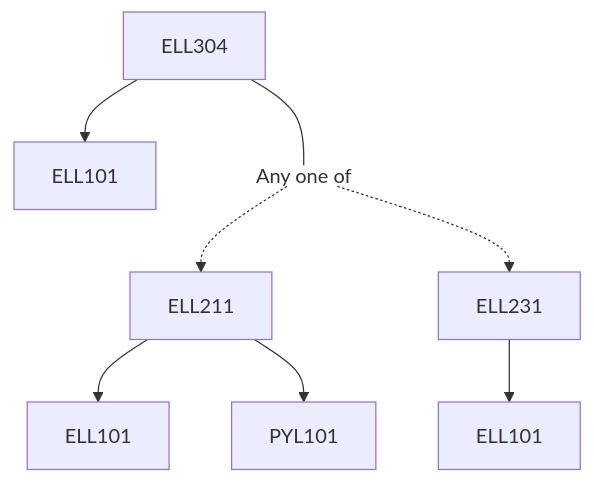
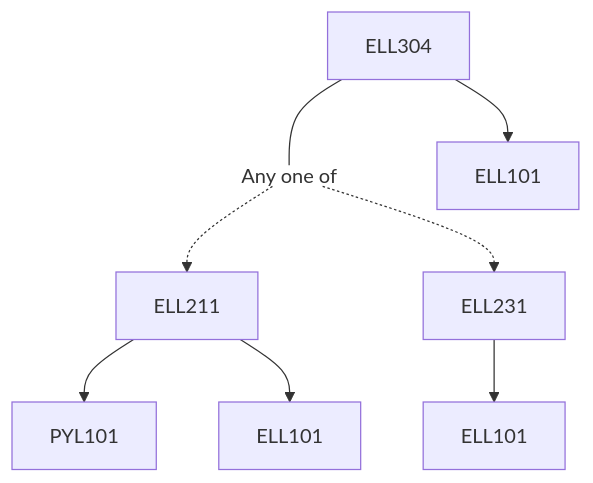
Before and after one commit to KeshavBansal0122/CoS_Website: the diagram in content/Electrical Engineering/ELL304.md, drawn with Mermaid. The commit also changed other lines of this file and 392 other files, not shown here.

````diff
--- a/content/Electrical Engineering/ELL304.md
+++ b/content/Electrical Engineering/ELL304.md
@@ -13,14 +13,14 @@
 ```mermaid
 flowchart TD
 ELL304-1400[ELL304]
-ELL304-1400 --> ELL101-1400[ELL101]
 ELL304-1400 --- Or1401[Any one of]:::empty
+ELL211-1402 --> PYL101-1402[PYL101]
 Or1401 -.-> ELL211-1402[ELL211]
 ELL211-1402 --> ELL101-1402[ELL101]
-ELL211-1402 --> PYL101-1402[PYL101]
 Or1401 -.-> ELL231-1403[ELL231]
 ELL231-1403 --> ELL101-1403[ELL101]
+ELL304-1400 --> ELL101-1400[ELL101]
 
 classDef empty height:17px, fill:transparent, stroke:transparent;
 classDef trueEmpty height:0px, width:0px;
 ```
````
